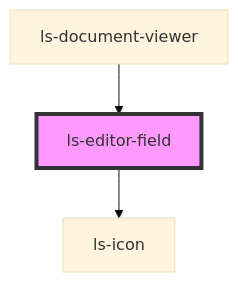
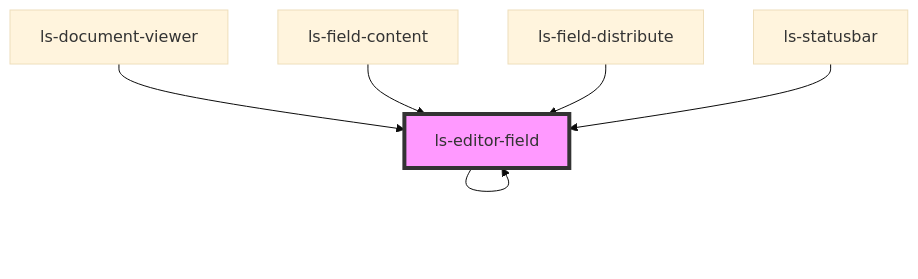
The diagram in src/components/ls-editor-field/readme.md (legalesign/ls-document-viewer), drawn with Mermaid (base theme) before and after one commit. The commit also changed other lines of this file and 34 other files, not shown here.

````diff
--- a/src/components/ls-editor-field/readme.md
+++ b/src/components/ls-editor-field/readme.md
@@ -38,6 +43,9 @@
 ```mermaid
 graph TD;
-  ls-editor-field --> ls-icon
+  ls-editor-field --> ls-editor-field
   ls-document-viewer --> ls-editor-field
+  ls-field-content --> ls-editor-field
+  ls-field-distribute --> ls-editor-field
+  ls-statusbar --> ls-editor-field
   style ls-editor-field fill:#f9f,stroke:#333,stroke-width:4px
 ```
````
